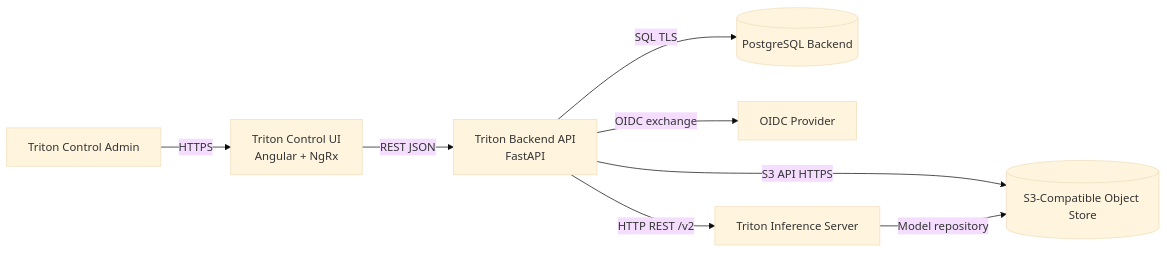
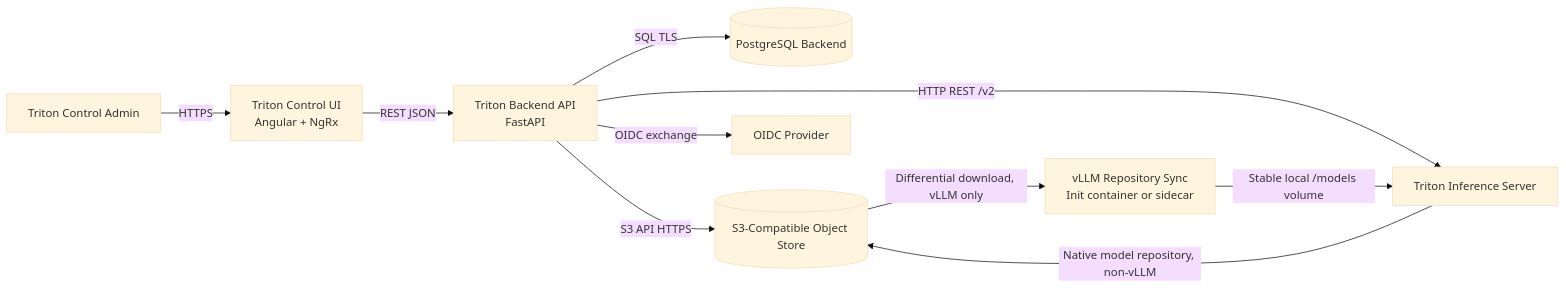
Before and after one commit to ai-lab-tech/triton-control: the second of 2 diagrams in docs/architecture-overview.md, drawn with Mermaid (base theme). The commit also changed other lines of this file and 66 other files, not shown here.

First line of the commit message:
Feature/vllm s3 repository sync (#14)

````diff
--- a/docs/architecture-overview.md
+++ b/docs/architecture-overview.md
@@ -25,20 +25,23 @@
 ```mermaid
 graph LR
   admin[Triton Control Admin]
   spa[Triton Control UI\nAngular + NgRx]
   api[Triton Backend API\nFastAPI]
   appdb[(PostgreSQL Backend)]
   s3store[(S3-Compatible Object Store)]
   oidcProvider[OIDC Provider]
   triton[Triton Inference Server]
+  vllmSync[vLLM Repository Sync\nInit container or sidecar]
 
   admin -->|HTTPS| spa
   spa -->|REST JSON| api
 
   api -->|SQL TLS| appdb
   api -->|S3 API HTTPS| s3store
   api -->|OIDC exchange| oidcProvider
   api -->|HTTP REST /v2| triton
 
-  triton -->|Model repository| s3store
+  triton -->|Native model repository, non-vLLM| s3store
+  s3store -->|Differential download, vLLM only| vllmSync
+  vllmSync -->|Stable local /models volume| triton
 ```
````
